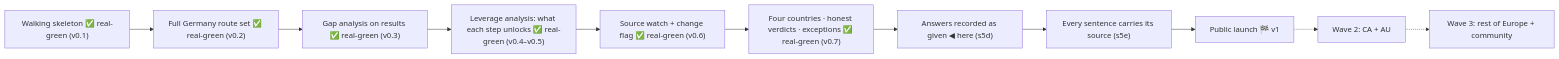
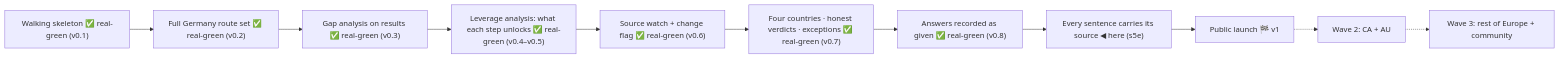
The diagram in KANBAN.md (OytunOnal/permit-rulebook), drawn with Mermaid before and after one commit. The commit also changed other lines of this file and 1 other file, not shown here.

Commit message:
v0.8: s5d real-green

````diff
--- a/KANBAN.md
+++ b/KANBAN.md
@@ -8,13 +8,13 @@
 ```mermaid
 flowchart LR
     A["Walking skeleton ✅ real-green (v0.1)"] --> B["Full Germany route set ✅ real-green (v0.2)"]
     B --> C["Gap analysis on results ✅ real-green (v0.3)"]
     C --> C2["Leverage analysis: what each step unlocks ✅ real-green (v0.4–v0.5)"]
     C2 --> D["Source watch + change flag ✅ real-green (v0.6)"]
     D --> E["Four countries · honest verdicts · exceptions ✅ real-green (v0.7)"]
-    E --> E2["Answers recorded as given ◀ here (s5d)"]
-    E2 --> E3["Every sentence carries its source (s5e)"]
+    E --> E2["Answers recorded as given ✅ real-green (v0.8)"]
+    E2 --> E3["Every sentence carries its source ◀ here (s5e)"]
     E3 --> F["Public launch 🏁 v1"]
     F -.-> G["Wave 2: CA + AU"]
     G -.-> H["Wave 3: rest of Europe + community"]
 ```
````
